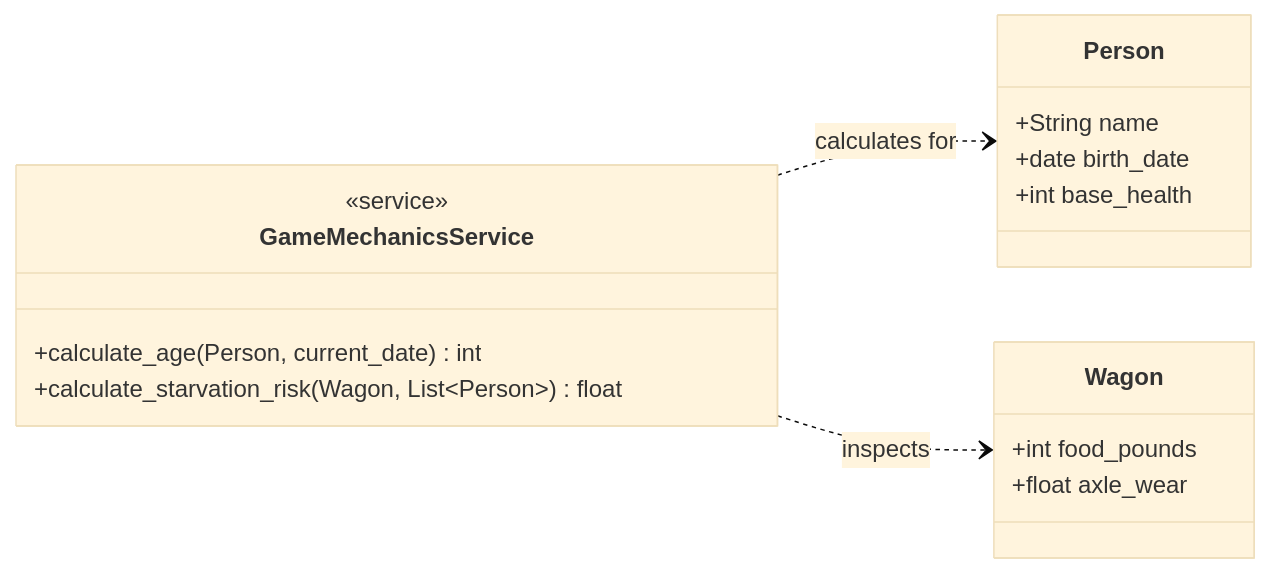
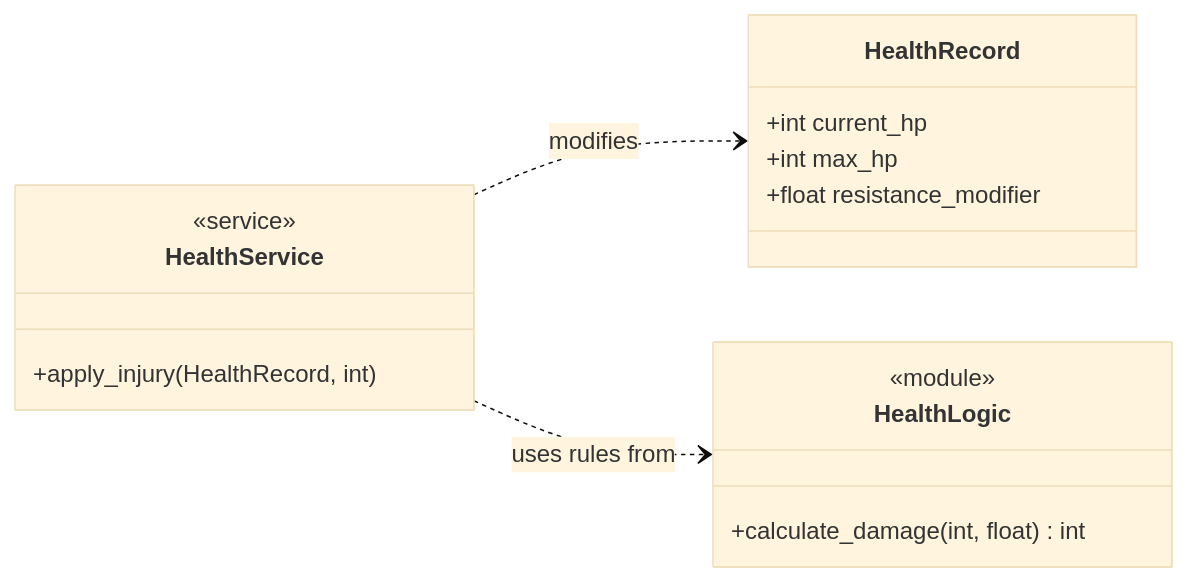
The diagram in docs/explanation/engineering/domain_service_pattern.md (mnaatjes/oregon-trail-clone), drawn with Mermaid (base theme) before and after one commit. The commit also changed other lines of this file, not shown here.

Commit message:
service pattern docs

````diff
--- a/docs/explanation/engineering/domain_service_pattern.md
+++ b/docs/explanation/engineering/domain_service_pattern.md
@@ -11,21 +59,20 @@
 ```mermaid
 classDiagram
     direction LR
-    class Person {
-        +String name
-        +date birth_date
-        +int base_health
+    class HealthRecord {
+        +int current_hp
+        +int max_hp
+        +float resistance_modifier
     }
-    class Wagon {
-        +int food_pounds
-        +float axle_wear
+    class HealthService {
+        <<service>>
+        +apply_injury(HealthRecord, int)
     }
-    class GameMechanicsService {
-        <<service>>
-        +calculate_age(Person, current_date) int
-        +calculate_starvation_risk(Wagon, List~Person~) float
+    class HealthLogic {
+        <<module>>
+        +calculate_damage(int, float) int
     }
 
-    GameMechanicsService ..> Person : calculates for
-    GameMechanicsService ..> Wagon : inspects
+    HealthService ..> HealthRecord : modifies
+    HealthService ..> HealthLogic : uses rules from
 ```
````
